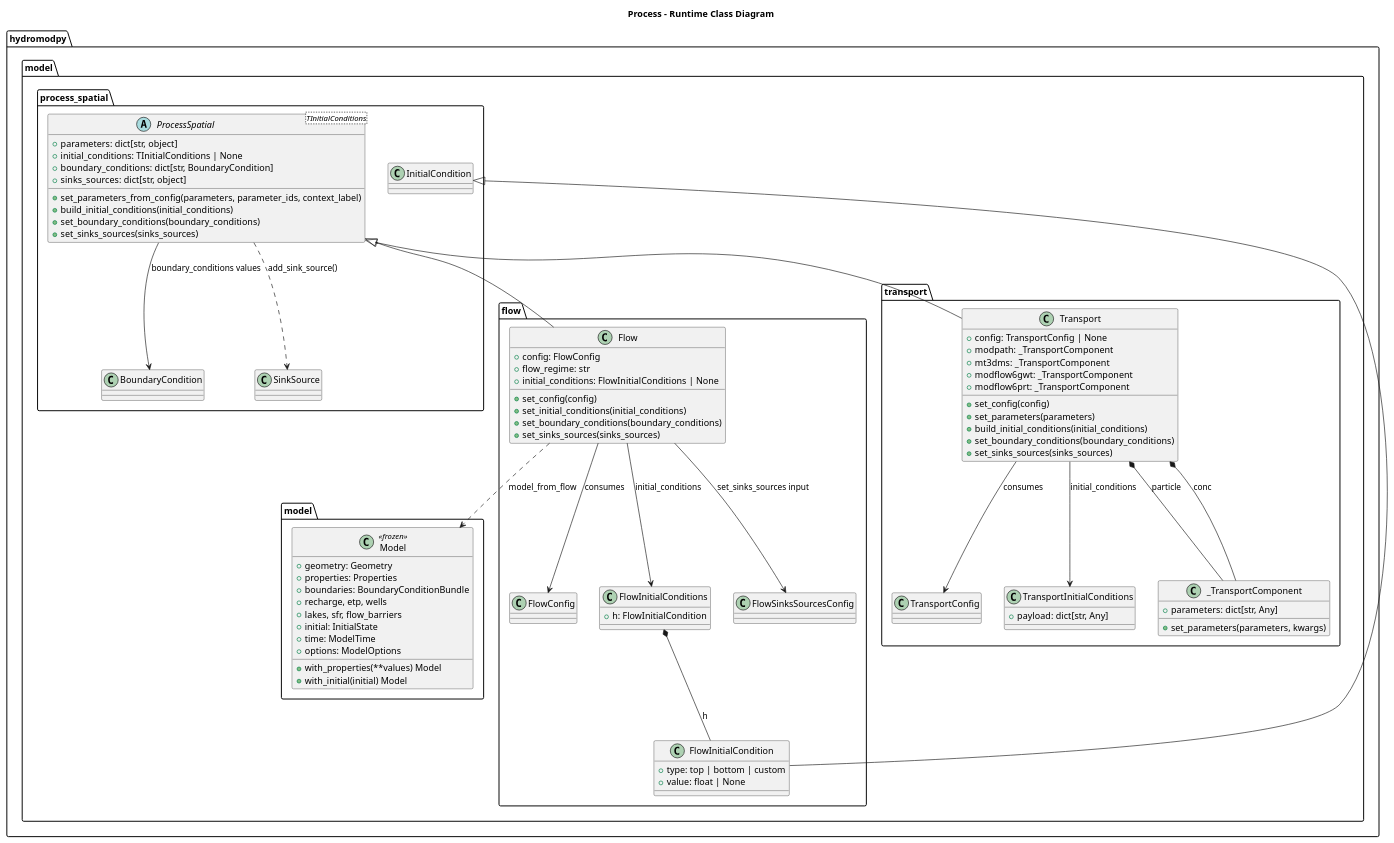
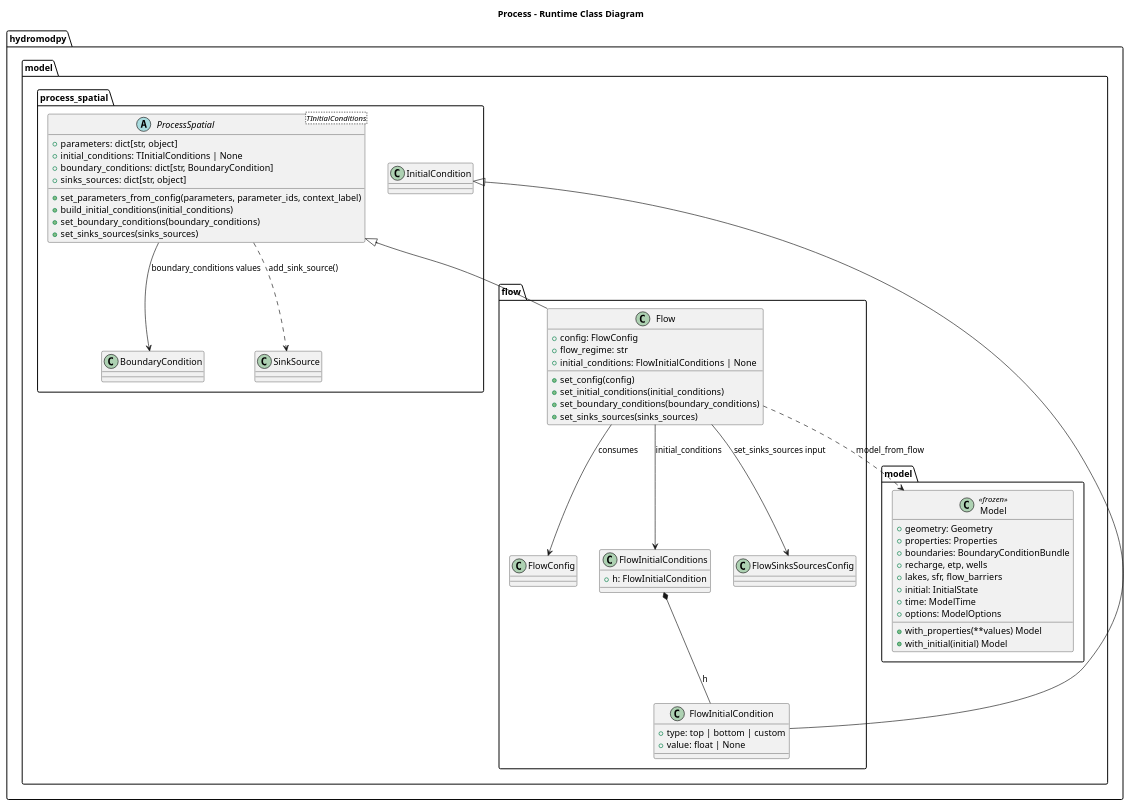
The diagram in docs/source/contribute/architecture/process/diagrams/process_runtime_class.wsd (HydroModPy/HydroModPy), drawn with PlantUML before and after one commit. The commit also changed 667 other files, not shown here.

Commit message:
refactor(core): transport port, lumped mesh, environment, fetch sources

```diff
--- a/docs/source/contribute/architecture/process/diagrams/process_runtime_class.wsd
+++ b/docs/source/contribute/architecture/process/diagrams/process_runtime_class.wsd
@@ -1,100 +1,71 @@
 @startuml
 title Process - Runtime Class Diagram
 
 package "hydromodpy.model.process_spatial" {
   abstract class "ProcessSpatial<TInitialConditions>" as ProcessSpatialT {
     +parameters: dict[str, object]
     +initial_conditions: TInitialConditions | None
     +boundary_conditions: dict[str, BoundaryCondition]
     +sinks_sources: dict[str, object]
     +set_parameters_from_config(parameters, parameter_ids, context_label)
     +build_initial_conditions(initial_conditions)
     +set_boundary_conditions(boundary_conditions)
     +set_sinks_sources(sinks_sources)
   }
 
   class InitialCondition
   class BoundaryCondition
   class SinkSource
 }
 
 package "hydromodpy.model.flow" {
   class Flow {
     +config: FlowConfig
     +flow_regime: str
     +initial_conditions: FlowInitialConditions | None
     +set_config(config)
     +set_initial_conditions(initial_conditions)
     +set_boundary_conditions(boundary_conditions)
     +set_sinks_sources(sinks_sources)
   }
 
   class FlowConfig
   class FlowInitialCondition {
     +type: top | bottom | custom
     +value: float | None
   }
   class FlowInitialConditions {
     +h: FlowInitialCondition
   }
   class FlowSinksSourcesConfig
 }
 
 package "hydromodpy.model.model" {
   class Model <<frozen>> {
     +geometry: Geometry
     +properties: Properties
     +boundaries: BoundaryConditionBundle
     +recharge, etp, wells
     +lakes, sfr, flow_barriers
     +initial: InitialState
     +time: ModelTime
     +options: ModelOptions
     +with_properties(**values) Model
     +with_initial(initial) Model
   }
 }
 
-package "hydromodpy.model.transport" {
-  class Transport {
-    +config: TransportConfig | None
-    +modpath: _TransportComponent
-    +mt3dms: _TransportComponent
-    +modflow6gwt: _TransportComponent
-    +modflow6prt: _TransportComponent
-    +set_config(config)
-    +set_parameters(parameters)
-    +build_initial_conditions(initial_conditions)
-    +set_boundary_conditions(boundary_conditions)
-    +set_sinks_sources(sinks_sources)
-  }
-
-  class TransportConfig
-  class TransportInitialConditions {
-    +payload: dict[str, Any]
-  }
-  class _TransportComponent {
-    +parameters: dict[str, Any]
-    +set_parameters(parameters, kwargs)
-  }
-}
-
 ProcessSpatialT <|-- Flow
-ProcessSpatialT <|-- Transport
 
 Flow --> FlowConfig : consumes
 Flow ..> Model : model_from_flow
-Transport --> TransportConfig : consumes
 
 InitialCondition <|-- FlowInitialCondition
 FlowInitialConditions *-- FlowInitialCondition : h
 Flow --> FlowInitialConditions : initial_conditions
-Transport --> TransportInitialConditions : initial_conditions
 
 ProcessSpatialT --> BoundaryCondition : boundary_conditions values
 ProcessSpatialT ..> SinkSource : add_sink_source()
 
-Transport *-- _TransportComponent : particle
-Transport *-- _TransportComponent : conc
 Flow --> FlowSinksSourcesConfig : set_sinks_sources input
 @enduml
```
